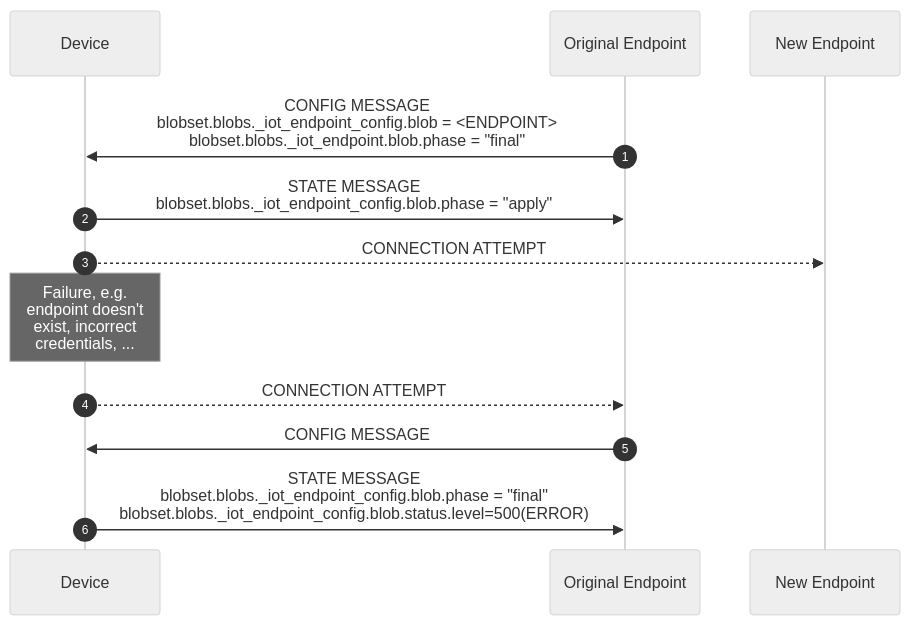
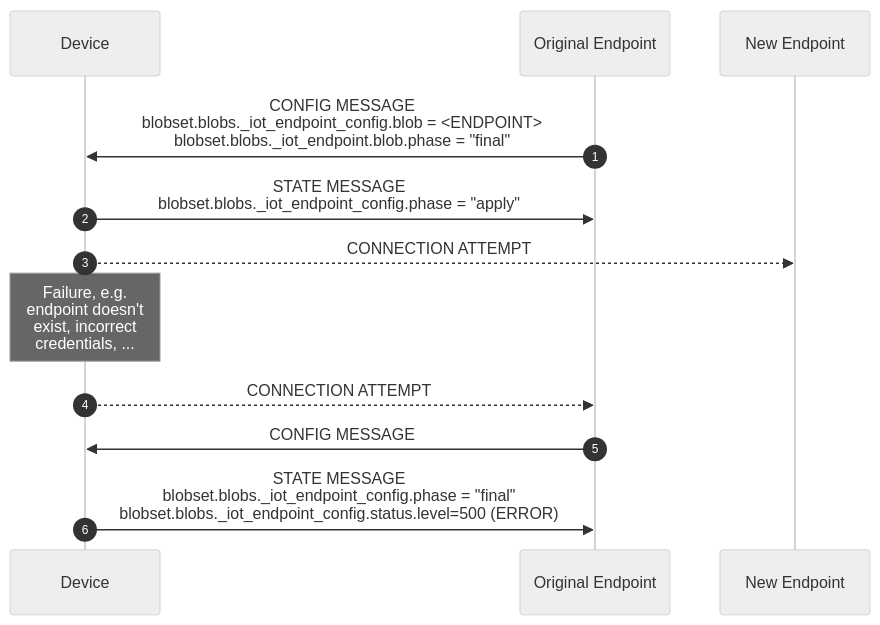
One commit to faucetsdn/udmi changed the second of 2 diagrams in docs/specs/sequences/endpoint_reconfiguration.md. Above: the diagram before and after it, drawn with Mermaid (neutral theme). The commit also changed other lines of this file, not shown here.

Commit message:
remove duplicate blob

````diff
--- a/docs/specs/sequences/endpoint_reconfiguration.md
+++ b/docs/specs/sequences/endpoint_reconfiguration.md
@@ -34,16 +34,16 @@
 ```mermaid
 %%{wrap}%%
 sequenceDiagram
     autonumber
     participant D as Device
     participant E as Original Endpoint
     participant E' as New Endpoint
     E->>D:CONFIG MESSAGE<br>blobset.blobs._iot_endpoint_config.blob = <ENDPOINT><br>blobset.blobs._iot_endpoint.blob.phase = "final"
-    D->>E:STATE MESSAGE<BR>blobset.blobs._iot_endpoint_config.blob.phase = "apply"
+    D->>E:STATE MESSAGE<BR>blobset.blobs._iot_endpoint_config.phase = "apply"
     D-->>E':CONNECTION ATTEMPT
     note over D: Failure, e.g. endpoint doesn't exist, incorrect credentials, ...
     D-->>E:CONNECTION ATTEMPT
     E->>D:CONFIG MESSAGE
-    D->>E:STATE MESSAGE<BR>blobset.blobs._iot_endpoint_config.blob.phase = "final"<BR/>blobset.blobs._iot_endpoint_config.blob.status.level=500(ERROR) 
+    D->>E:STATE MESSAGE<BR>blobset.blobs._iot_endpoint_config.phase = "final"<BR/>blobset.blobs._iot_endpoint_config.status.level=500 (ERROR) 
 
 ```
````
